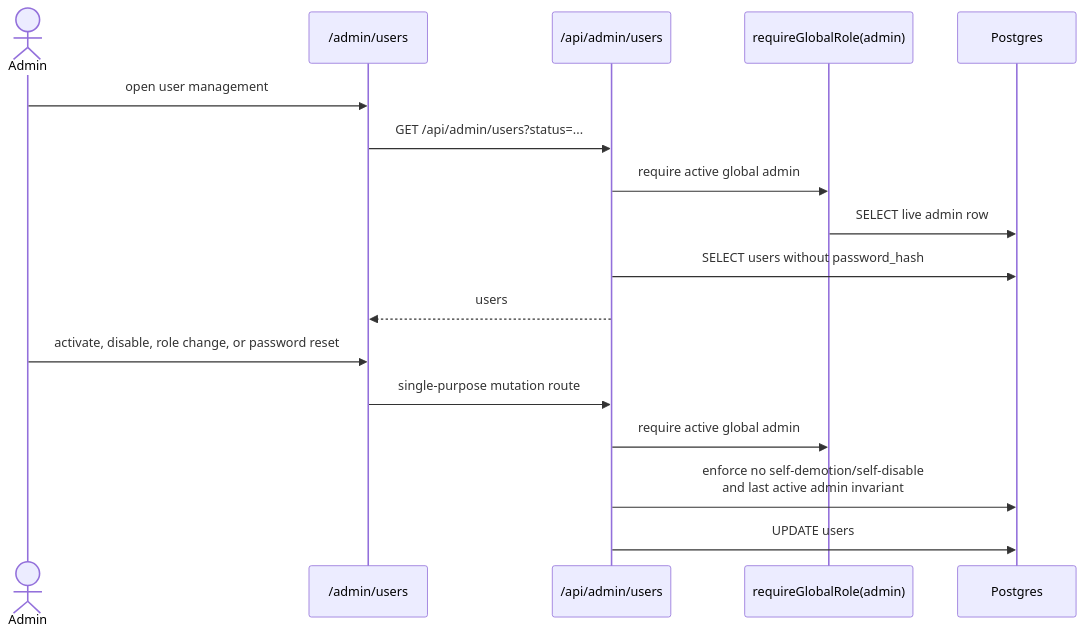
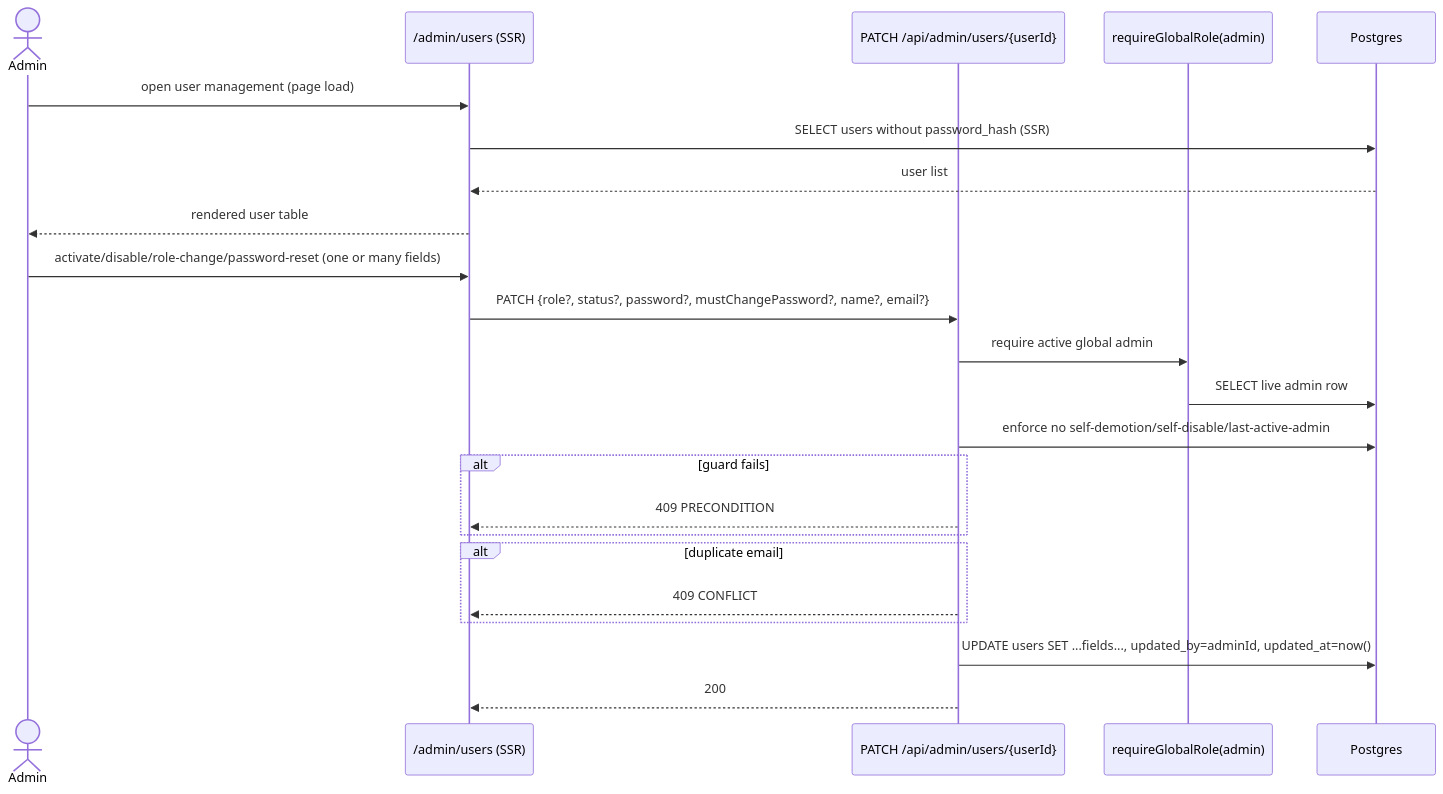
Before and after one commit to maister-dev/maister: the seventh of 10 diagrams in docs/system-analytics/identity-access.md, drawn with Mermaid. The commit also changed other lines of this file and 45 other files, not shown here.

First line of the commit message:
feat(identity): platform user admin + project member management (ADR-062)

````diff
--- a/docs/system-analytics/identity-access.md
+++ b/docs/system-analytics/identity-access.md
@@ -180,20 +185,26 @@
 ```mermaid
 sequenceDiagram
     actor A as Admin
-    participant UI as /admin/users
-    participant API as /api/admin/users
+    participant UI as /admin/users (SSR)
+    participant API as PATCH /api/admin/users/{userId}
     participant AZ as requireGlobalRole(admin)
     participant DB as Postgres
 
-    A->>UI: open user management
-    UI->>API: GET /api/admin/users?status=...
+    A->>UI: open user management (page load)
+    UI->>DB: SELECT users without password_hash (SSR)
+    DB-->>UI: user list
+    UI-->>A: rendered user table
+    A->>UI: activate/disable/role-change/password-reset (one or many fields)
+    UI->>API: PATCH {role?, status?, password?, mustChangePassword?, name?, email?}
     API->>AZ: require active global admin
     AZ->>DB: SELECT live admin row
-    API->>DB: SELECT users without password_hash
-    API-->>UI: users
-    A->>UI: activate, disable, role change, or password reset
-    UI->>API: single-purpose mutation route
-    API->>AZ: require active global admin
-    API->>DB: enforce no self-demotion/self-disable<br/>and last active admin invariant
-    API->>DB: UPDATE users
+    API->>DB: enforce no self-demotion/self-disable/last-active-admin
+    alt guard fails
+        API-->>UI: 409 PRECONDITION
+    end
+    alt duplicate email
+        API-->>UI: 409 CONFLICT
+    end
+    API->>DB: UPDATE users SET ...fields..., updated_by=adminId, updated_at=now()
+    API-->>UI: 200
 ```
````
